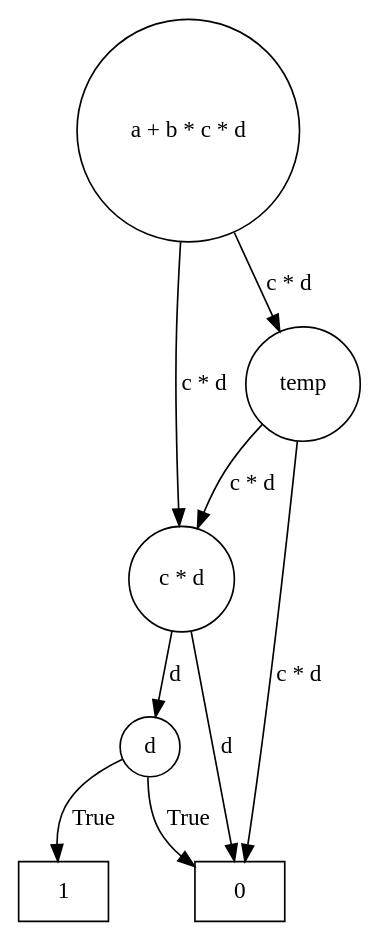
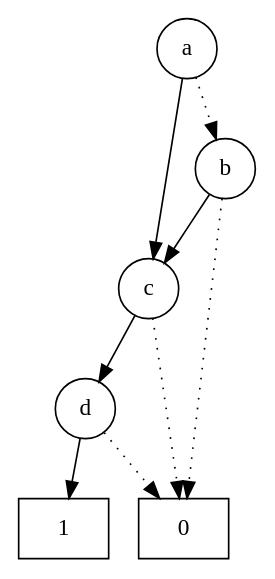
Before and after one commit to Matal1x/VDSProject_Group3: the diagram in bdd.dot, drawn with Graphviz. The commit also changed 2 other files, not shown here.

```diff
--- a/bdd.dot
+++ b/bdd.dot
@@ -1,17 +1,17 @@
 digraph BDD {
     node [shape=circle];
     5 [label="d"];
-    5 -> 1 [label="True"];
-    5 -> 0 [label="True"];
-    7 [label="c * d"];
-    7 -> 5 [label="d"];
-    7 -> 0 [label="d"];
-    8 [label="temp"];
-    8 -> 7 [label="c * d"];
-    8 -> 0 [label="c * d"];
-    9 [label="a + b * c * d"];
-    9 -> 7 [label="c * d"];
-    9 -> 8 [label="c * d"];
+    5 -> 1 [style=solid];
+    5 -> 0 [style=dotted];
+    7 [label="c"];
+    7 -> 5 [style=solid];
+    7 -> 0 [style=dotted];
+    8 [label="b"];
+    8 -> 7 [style=solid];
+    8 -> 0 [style=dotted];
+    9 [label="a"];
+    9 -> 7 [style=solid];
+    9 -> 8 [style=dotted];
     0 [shape=box, label="0"];
     1 [shape=box, label="1"];
 }
```
